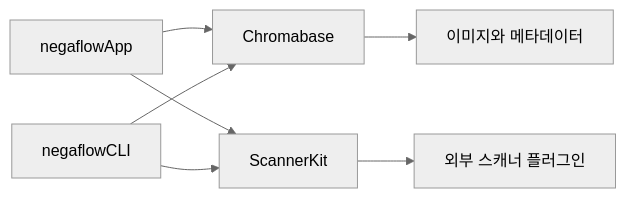
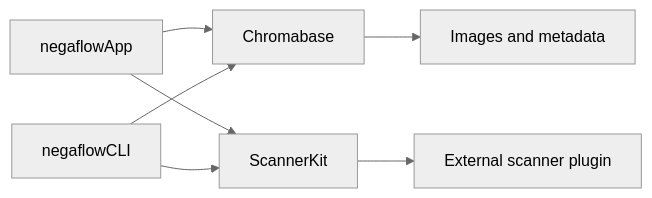
Before and after one commit to habinsong/negaflow: the first of 2 diagrams in docs/architecture/PRODUCT_ARCHITECTURE.md, drawn with Mermaid (neutral theme). The commit also changed other lines of this file and 119 other files, not shown here.

````diff
--- a/docs/architecture/PRODUCT_ARCHITECTURE.md
+++ b/docs/architecture/PRODUCT_ARCHITECTURE.md
@@ -25,9 +26,9 @@
 ```mermaid
 flowchart LR
     APP["negaflowApp"] --> COLOR["Chromabase"]
     APP --> SCAN["ScannerKit"]
     CLI["negaflowCLI"] --> COLOR
     CLI --> SCAN
-    COLOR --> FILES["이미지와 메타데이터"]
-    SCAN --> PLUGIN["외부 스캐너 플러그인"]
+    COLOR --> FILES["Images and metadata"]
+    SCAN --> PLUGIN["External scanner plugin"]
 ```
````
